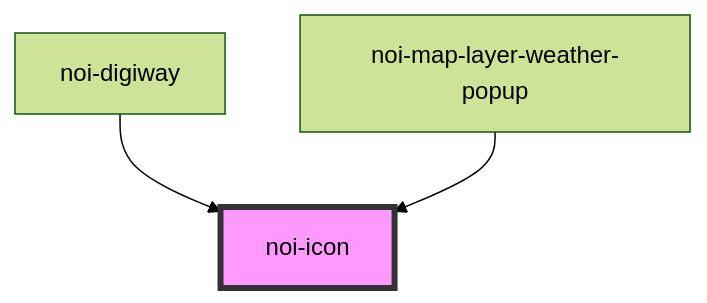
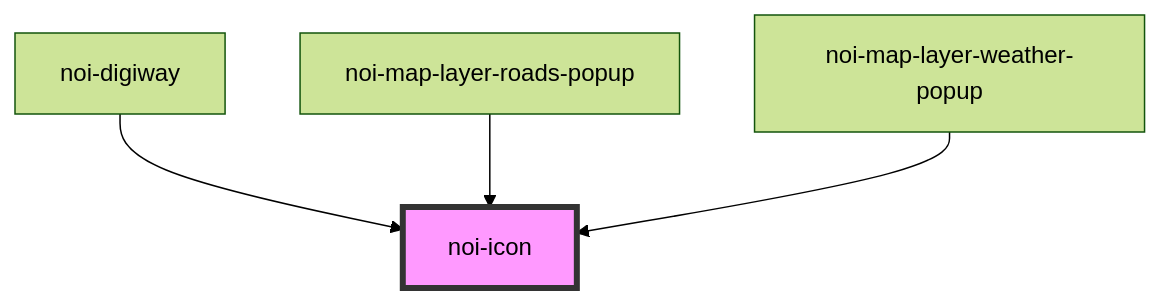
The diagram in src/blocks/icon/readme.md (MaxXx1313/webcomp-digiway), drawn with Mermaid (forest theme) before and after one commit. The commit also changed other lines of this file and 5 other files, not shown here.

````diff
--- a/src/blocks/icon/readme.md
+++ b/src/blocks/icon/readme.md
@@ -37,6 +38,7 @@
 ```mermaid
 graph TD;
   noi-digiway --> noi-icon
+  noi-map-layer-roads-popup --> noi-icon
   noi-map-layer-weather-popup --> noi-icon
   style noi-icon fill:#f9f,stroke:#333,stroke-width:4px
 ```
````
